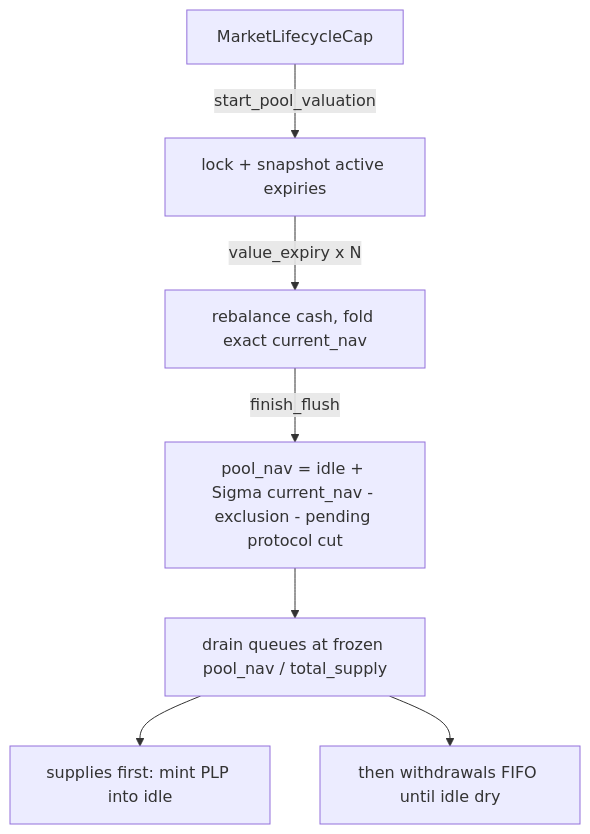
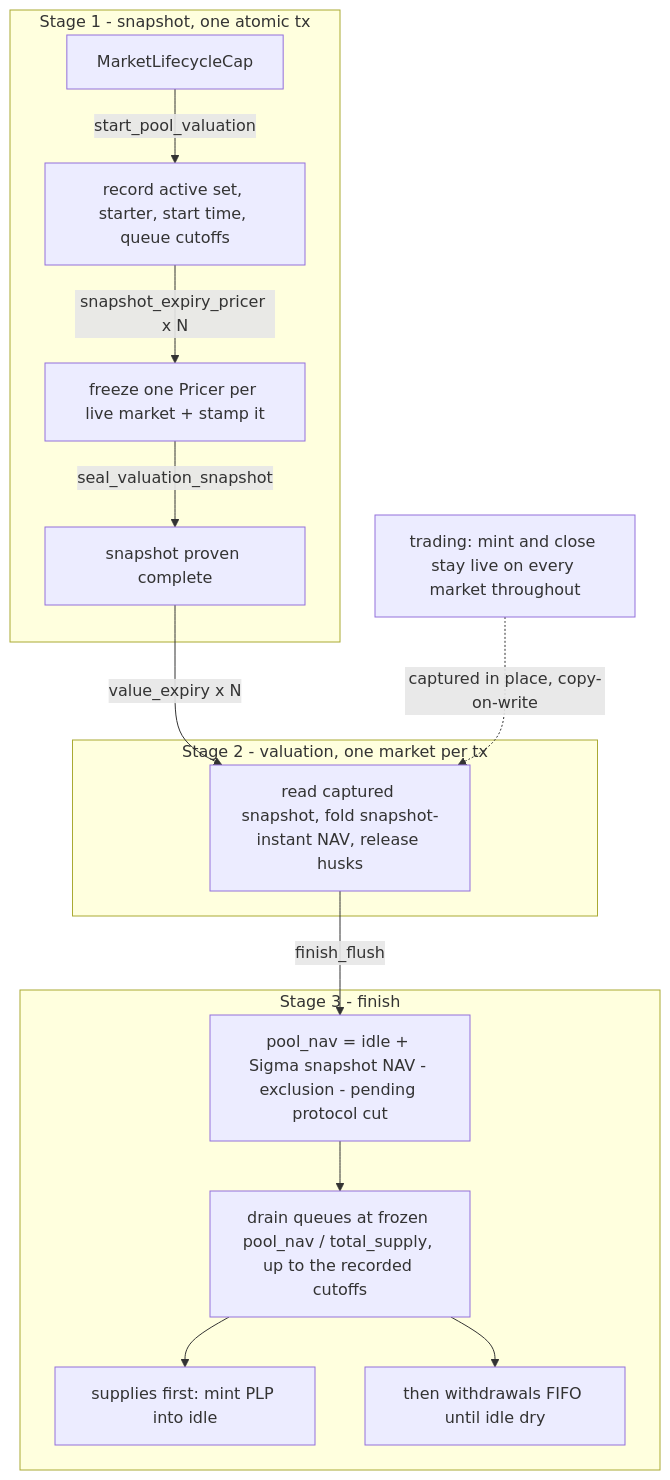
One commit to MystenLabs/deepbookv3 changed the diagram in packages/predict/docs/concepts/liquidity-and-nav.md. Above: the diagram before and after it, drawn with Mermaid. The commit also changed other lines of this file and 40 other files, not shown here.

First line of the commit message:
predict: resumable full-pool flush without pausing trading (DBU-754) (#1265)

````diff
--- a/packages/predict/docs/concepts/liquidity-and-nav.md
+++ b/packages/predict/docs/concepts/liquidity-and-nav.md
@@ -77,9 +93,18 @@
 ```mermaid
 flowchart TD
-  CAP[MarketLifecycleCap] -->|start_pool_valuation| LOCK[lock + snapshot active expiries]
-  LOCK -->|value_expiry x N| EXP[rebalance cash, fold exact current_nav]
-  EXP -->|finish_flush| NAV[pool_nav = idle + Sigma current_nav - exclusion - pending protocol cut]
-  NAV --> DRAIN[drain queues at frozen pool_nav / total_supply]
-  DRAIN --> SUP[supplies first: mint PLP into idle]
-  DRAIN --> WD[then withdrawals FIFO until idle dry]
+  subgraph S1[Stage 1 - snapshot, one atomic tx]
+    CAP[MarketLifecycleCap] -->|start_pool_valuation| REC[record active set, starter, start time, queue cutoffs]
+    REC -->|snapshot_expiry_pricer x N| FRZ[freeze one Pricer per live market + stamp it]
+    FRZ -->|seal_valuation_snapshot| SEAL[snapshot proven complete]
+  end
+  subgraph S2[Stage 2 - valuation, one market per tx]
+    SEAL -->|value_expiry x N| EXP[read captured snapshot, fold snapshot-instant NAV, release husks]
+  end
+  subgraph S3[Stage 3 - finish]
+    EXP -->|finish_flush| NAV[pool_nav = idle + Sigma snapshot NAV - exclusion - pending protocol cut]
+    NAV --> DRAIN[drain queues at frozen pool_nav / total_supply, up to the recorded cutoffs]
+    DRAIN --> SUP[supplies first: mint PLP into idle]
+    DRAIN --> WD[then withdrawals FIFO until idle dry]
+  end
+  TRADE[trading: mint and close stay live on every market throughout] -.->|captured in place, copy-on-write| EXP
 ```
````
